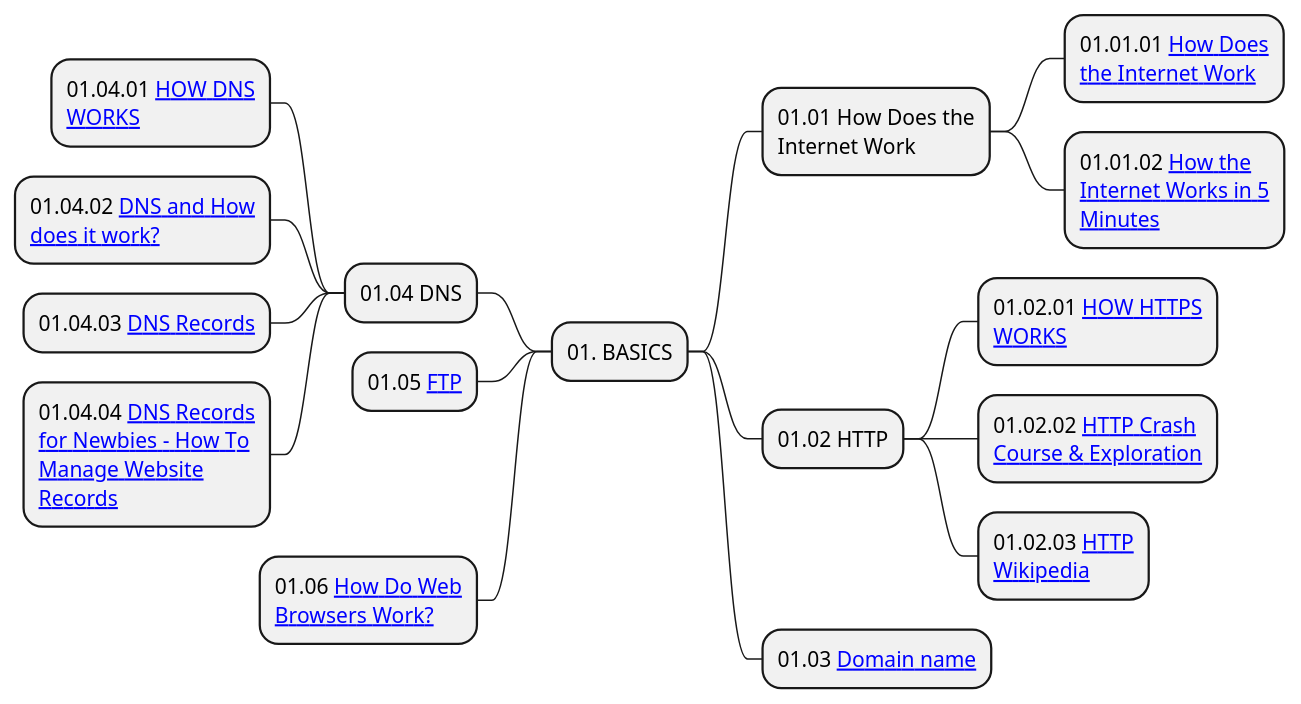
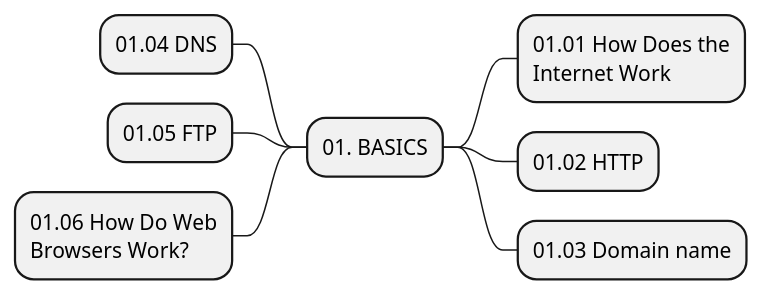
The diagram in diagrams/00-basics.iuml (mrPronin/edu-web), drawn with PlantUML before and after one commit. The commit also changed 3 other files, not shown here.

Commit message:
feat: update 01.BASICS section diagram and description

```diff
--- a/diagrams/00-basics.iuml
+++ b/diagrams/00-basics.iuml
@@ -1,26 +1,17 @@
 @startmindmap BASICS
 <style>
 node {
     MaximumWidth 150
     HorizontalAlignment left
 }
 </style>
 
 + 01. BASICS
 ++ 01.01 How Does the Internet Work
-+++ 01.01.01 [[https://youtu.be/TNQsmPf24go How Does the Internet Work]]
-+++ 01.01.02 [[https://youtu.be/7_LPdttKXPc How the Internet Works in 5 Minutes]]
 ++ 01.02 HTTP
-+++ 01.02.01 [[https://howhttps.works HOW HTTPS WORKS]]
-+++ 01.02.02 [[https://youtu.be/iYM2zFP3Zn0 HTTP Crash Course & Exploration]]
-+++ 01.02.03 [[https://uk.wikipedia.org/wiki/HTTP HTTP Wikipedia]]
-++ 01.03 [[https://youtu.be/Y4cRx19nhJk Domain name]]
+++ 01.03 Domain name
 -- 01.04 DNS
---- 01.04.01 [[https://howdns.works HOW DNS WORKS]]
---- 01.04.02 [[https://youtu.be/Wj0od2ag5sk DNS and How does it work?]]
---- 01.04.03 [[https://youtu.be/7lxgpKh_fRY DNS Records]]
---- 01.04.04 [[https://youtu.be/YV5tkQYcvfg DNS Records for Newbies - How To Manage Website Records]]
--- 01.05 [[https://uk.wikipedia.org/wiki/FTP FTP]]
--- 01.06 [[https://youtu.be/WjDrMKZWCt0 How Do Web Browsers Work?]]
+-- 01.05 FTP
+-- 01.06 How Do Web Browsers Work?
 
 @endmindmap
```
